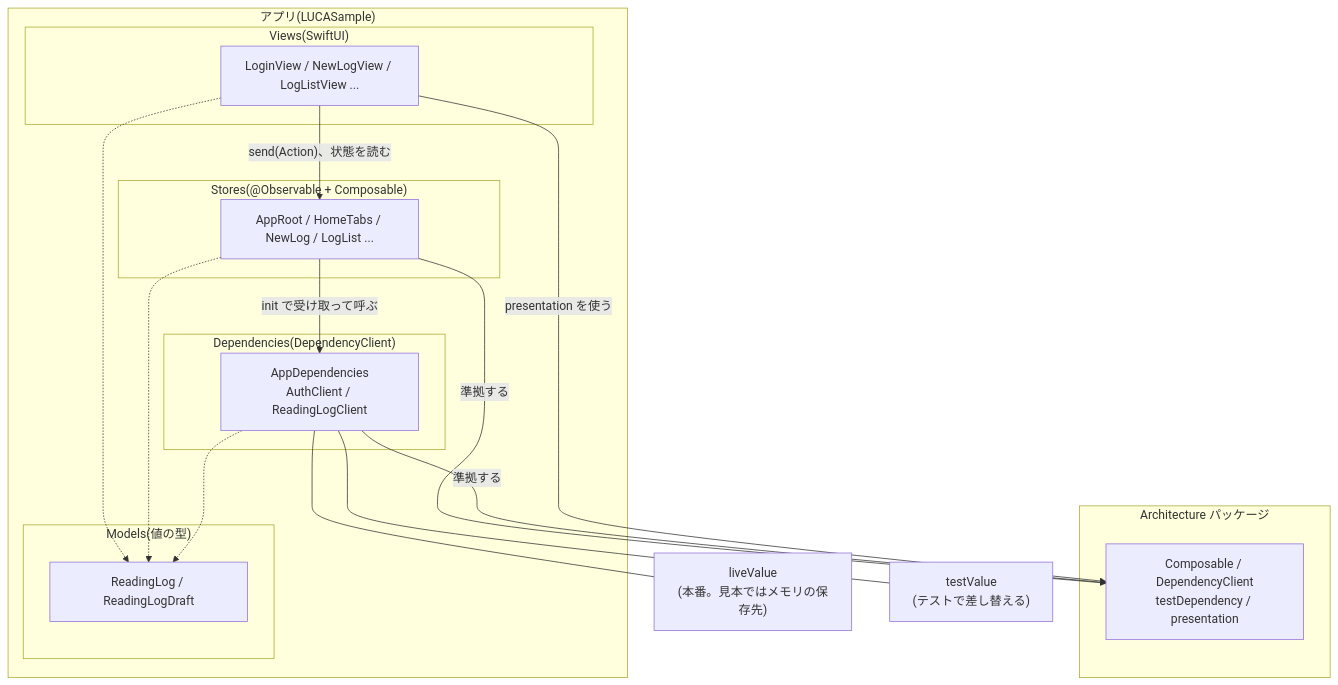
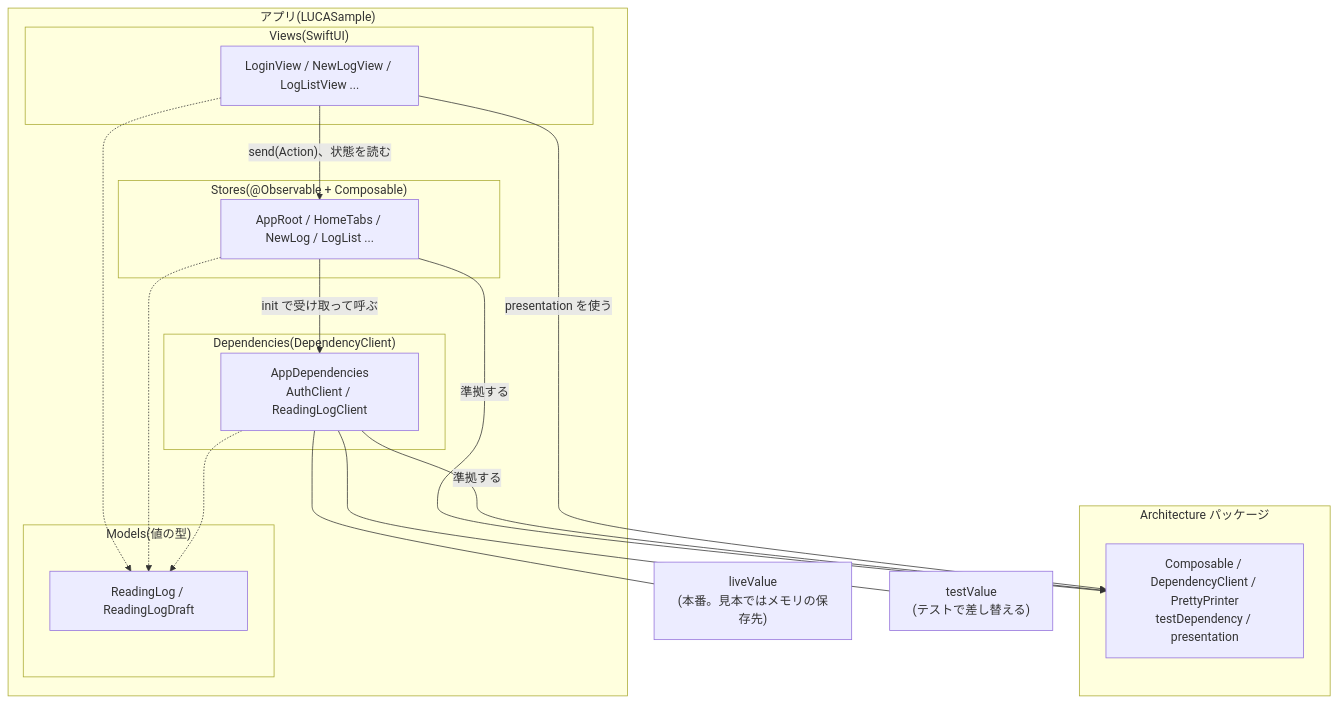
One commit to kz56cd/RillArchitectureSample changed the first of 7 diagrams in README.md. Above: the diagram before and after it, drawn with Mermaid. The commit also changed other lines of this file and 24 other files, not shown here.

````diff
--- a/README.md
+++ b/README.md
@@ -36,31 +36,31 @@
 ```mermaid
 flowchart TB
     subgraph App["アプリ(LUCASample)"]
         subgraph Views["Views(SwiftUI)"]
             V["LoginView / NewLogView / LogListView ..."]
         end
         subgraph Stores["Stores(@Observable + Composable)"]
             S["AppRoot / HomeTabs / NewLog / LogList ..."]
         end
         subgraph Dependencies["Dependencies(DependencyClient)"]
             D["AppDependencies<br/>AuthClient / ReadingLogClient"]
         end
         subgraph Models["Models(値の型)"]
             M["ReadingLog / ReadingLogDraft"]
         end
     end
     subgraph Package["Architecture パッケージ"]
-        P["Composable / DependencyClient<br/>testDependency / presentation"]
+        P["Composable / DependencyClient / PrettyPrinter<br/>testDependency / presentation"]
     end
     Live["liveValue<br/>(本番。見本ではメモリの保存先)"]
     Test["testValue<br/>(テストで差し替える)"]
 
     V -- "send(Action)、状態を読む" --> S
     S -- "init で受け取って呼ぶ" --> D
     D --- Live
     D --- Test
     V & S & D -.-> M
     S -- "準拠する" --> P
     D -- "準拠する" --> P
     V -- "presentation を使う" --> P
 ```
````
